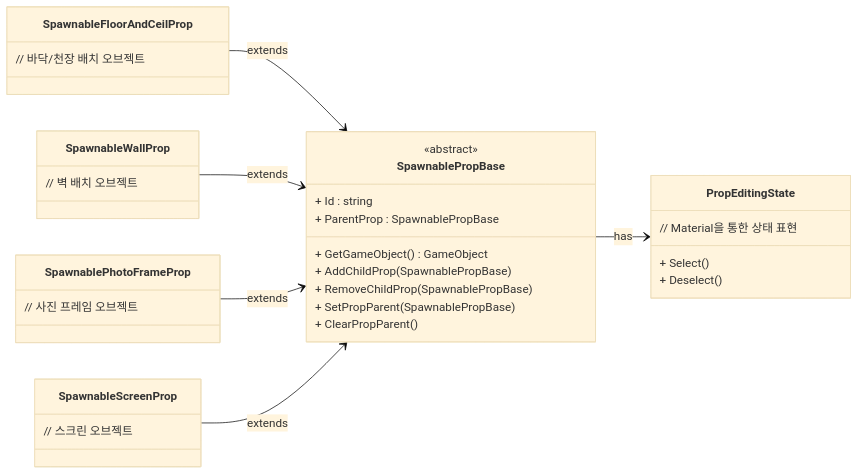
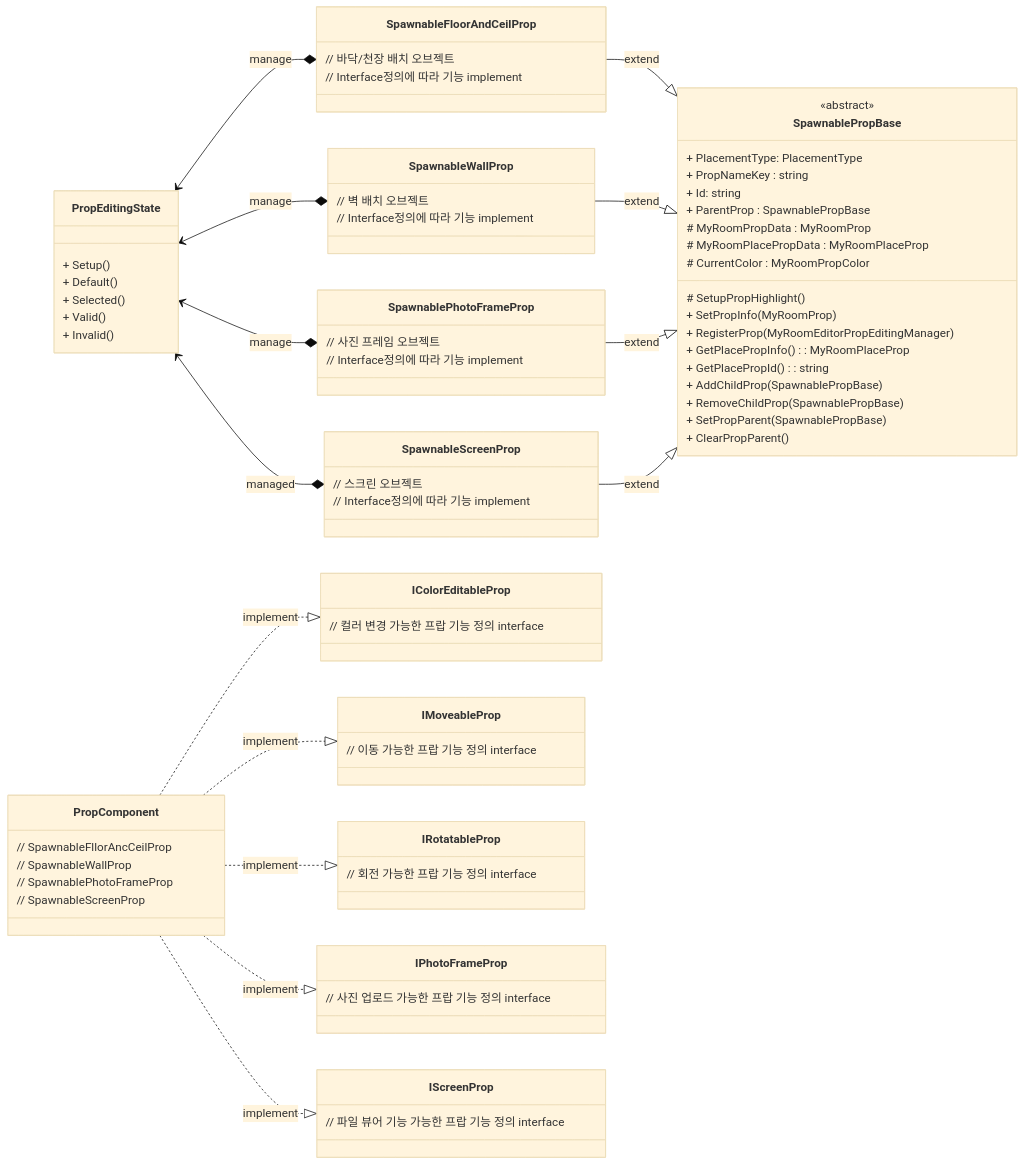
One commit to CosmicGiantKoala/CosmicGiantKoala.github.io changed the fourth of 7 diagrams in content/docs/Projects/Rfice/HousingSystem/Overview.md. Above: the diagram before and after it, drawn with Mermaid (base theme). The commit also changed other lines of this file, not shown here.

Commit message:
MyRoomEditor UML 다이어그램 업데이트

````diff
--- a/content/docs/Projects/Rfice/HousingSystem/Overview.md
+++ b/content/docs/Projects/Rfice/HousingSystem/Overview.md
@@ -341,11 +342,29 @@
 ```mermaid
 classDiagram
 direction LR
+
+    class PropEditingState {
+        + Setup()
+        + Default()
+        + Selected()
+        + Valid()
+        + Invalid()
+    }
+    
     class SpawnablePropBase {
         <<abstract>>
-        + Id : string
+        + PlacementType: PlacementType
+        + PropNameKey : string
+        + Id: string
         + ParentProp : SpawnablePropBase
-        + GetGameObject() GameObject
+        # MyRoomPropData : MyRoomProp
+        # MyRoomPlacePropData : MyRoomPlaceProp
+        # CurrentColor : MyRoomPropColor
+        # SetupPropHighlight()
+        + SetPropInfo(MyRoomProp)
+        + RegisterProp(MyRoomEditorPropEditingManager)
+        + GetPlacePropInfo() : MyRoomPlaceProp
+        + GetPlacePropId() : string
         + AddChildProp(SpawnablePropBase)
         + RemoveChildProp(SpawnablePropBase)
         + SetPropParent(SpawnablePropBase)
@@ -354,29 +373,63 @@
 
     class SpawnableFloorAndCeilProp {
         // 바닥/천장 배치 오브젝트
+        // Interface정의에 따라 기능 implement
     }
 
     class SpawnableWallProp {
         // 벽 배치 오브젝트
+        // Interface정의에 따라 기능 implement
     }
 
     class SpawnablePhotoFrameProp {
         // 사진 프레임 오브젝트
+        // Interface정의에 따라 기능 implement
     }
 
     class SpawnableScreenProp {
         // 스크린 오브젝트
+        // Interface정의에 따라 기능 implement
     }
-
-    class PropEditingState {
-        + Select()
-        + Deselect()
-        // Material을 통한 상태 표현
+    
+    class PropComponent{
+        // SpawnableFllorAncCeilProp
+        // SpawnableWallProp
+        // SpawnablePhotoFrameProp
+        // SpawnableScreenProp
     }
-
-    SpawnableFloorAndCeilProp --> SpawnablePropBase : extends
-    SpawnableWallProp --> SpawnablePropBase : extends
-    SpawnablePhotoFrameProp --> SpawnablePropBase : extends
-    SpawnableScreenProp --> SpawnablePropBase : extends
-    SpawnablePropBase --> PropEditingState : has
+    
+    class IColorEditableProp{
+        // 컬러 변경 가능한 프랍 기능 정의 interface
+    }
+    
+    class IMoveableProp{
+        // 이동 가능한 프랍 기능 정의 interface
+    }
+    
+    class IRotatableProp{
+        // 회전 가능한 프랍 기능 정의 interface
+    }
+    
+    class IPhotoFrameProp{
+        // 사진 업로드 가능한 프랍 기능 정의 interface
+    }
+    
+    class IScreenProp{
+        // 파일 뷰어 기능 가능한 프랍 기능 정의 interface
+    }
+    
+    PropEditingState <--* SpawnableFloorAndCeilProp : manage
+    PropEditingState <--* SpawnableWallProp : manage
+    PropEditingState <--* SpawnablePhotoFrameProp : manage
+    PropEditingState <--* SpawnableScreenProp : managed
+    SpawnableFloorAndCeilProp --|> SpawnablePropBase : extend
+    SpawnableWallProp --|> SpawnablePropBase : extend
+    SpawnablePhotoFrameProp --|> SpawnablePropBase : extend
+    SpawnableScreenProp --|> SpawnablePropBase : extend
+    
+    PropComponent ..|> IColorEditableProp : implement
+    PropComponent ..|> IMoveableProp : implement
+    PropComponent ..|> IRotatableProp : implement
+    PropComponent ..|> IPhotoFrameProp : implement
+    PropComponent ..|> IScreenProp : implement
 ```
````
